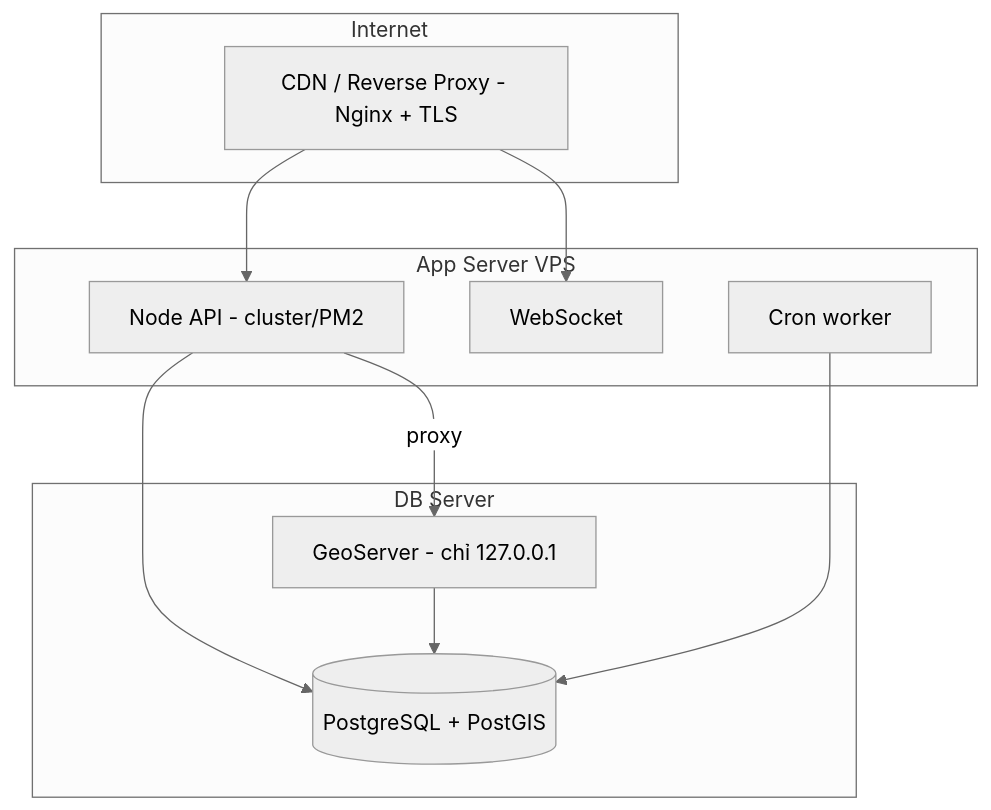
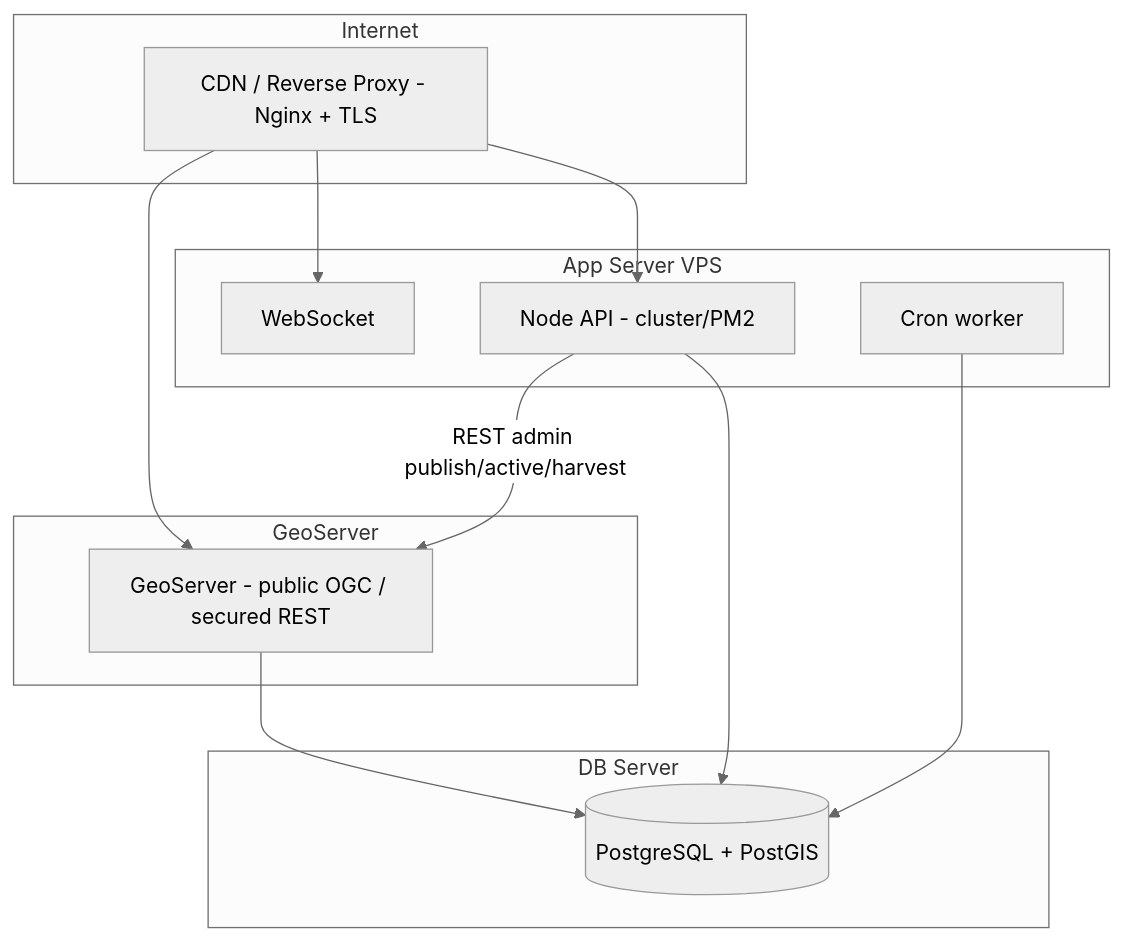
One commit to sylong2k3/server-kontum changed the fourth of 4 diagrams in docs/architecture/04-system-architecture.md. Above: the diagram before and after it, drawn with Mermaid (neutral theme). The commit also changed other lines of this file and 94 other files, not shown here.

Commit message:
feat: implement GeoServer and PostGIS integration with automated map layer import, processing workers, and documentation

````diff
--- a/docs/architecture/04-system-architecture.md
+++ b/docs/architecture/04-system-architecture.md
@@ -149,21 +149,24 @@
 ```mermaid
 flowchart TB
     subgraph Internet
         CDN[CDN / Reverse Proxy - Nginx + TLS]
     end
     subgraph AppServer[App Server VPS]
         N1[Node API - cluster/PM2]
         N2[WebSocket]
         N3[Cron worker]
     end
     subgraph DBServer[DB Server]
         PG[(PostgreSQL + PostGIS)]
-        GS[GeoServer - chỉ 127.0.0.1]
+    end
+    subgraph GeoServerZone[GeoServer]
+        GS[GeoServer - public OGC / secured REST]
     end
     CDN --> N1
     CDN --> N2
+    CDN --> GS
     N1 --> PG
     N3 --> PG
-    N1 -->|proxy| GS
+    N1 -->|REST admin publish/active/harvest| GS
     GS --> PG
 ```
````
